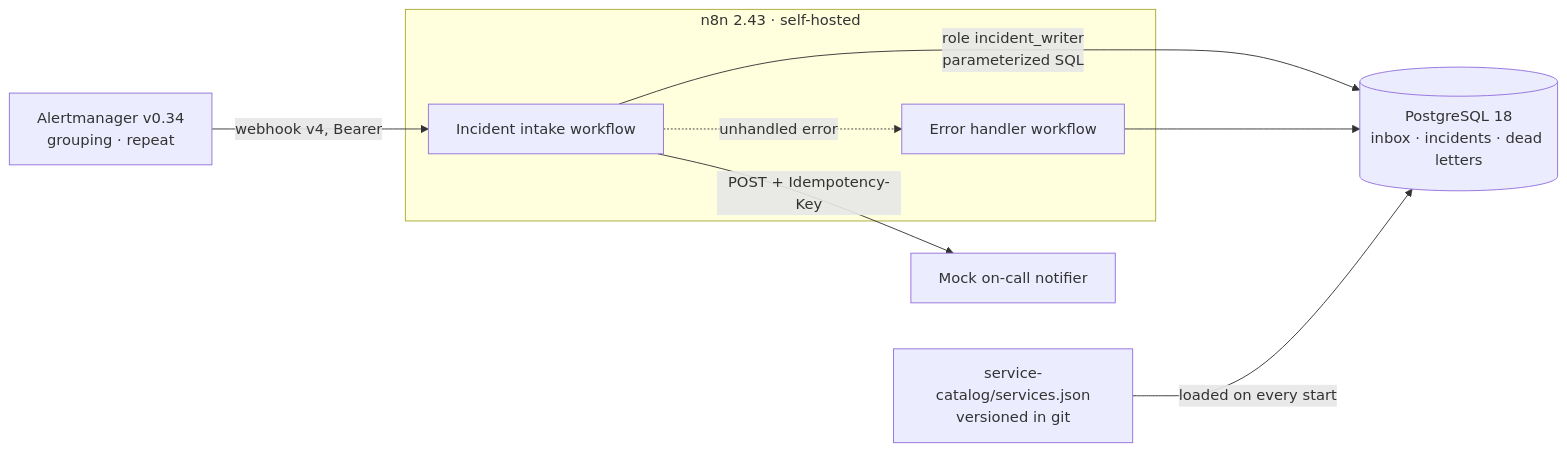
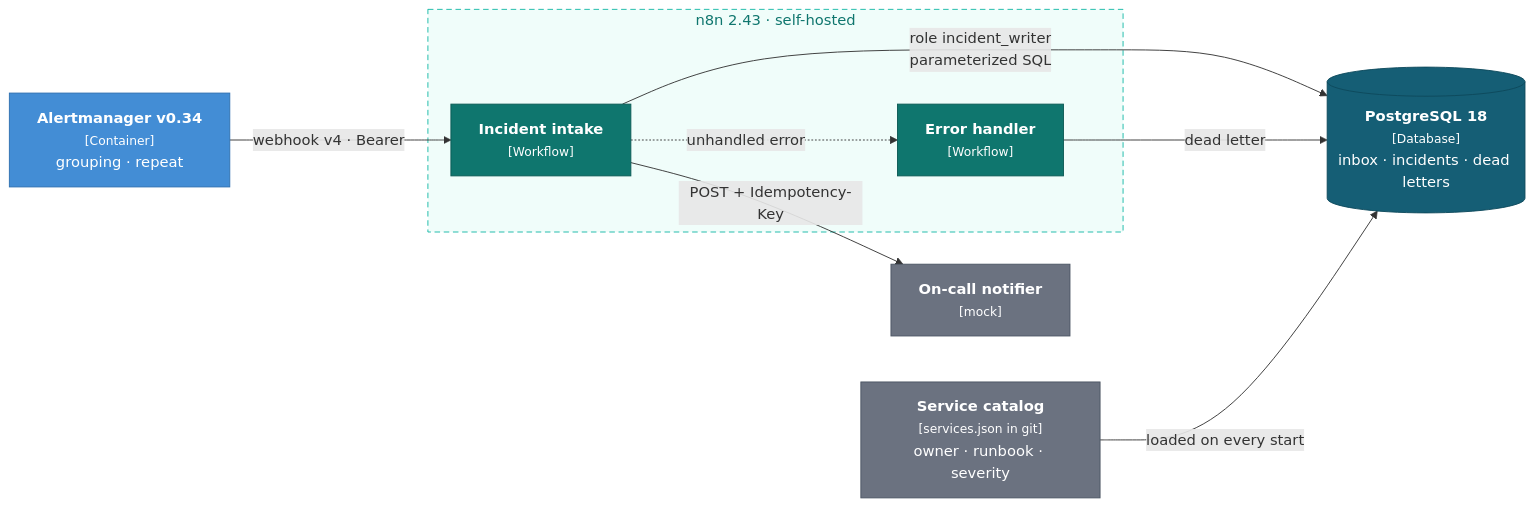
The diagram in diagrams/opscircuit-containers.mmd (vzuliani97/vzuliani97.github.io), drawn with Mermaid before and after one commit. The commit also changed 12 other files, not shown here.

First line of the commit message:
feat: C4-style architecture diagrams (Mermaid, custom theme) for all three projects

```diff
--- a/diagrams/opscircuit-containers.mmd
+++ b/diagrams/opscircuit-containers.mmd
@@ -1,9 +1,23 @@
 flowchart LR
-  AM["Alertmanager v0.34<br/>grouping · repeat"] -->|webhook v4, Bearer| IN
+  AM["<b>Alertmanager v0.34</b><br/><small>[Container]</small><br/>grouping · repeat"]:::container
   subgraph N8N["n8n 2.43 · self-hosted"]
-    IN["Incident intake workflow"] -.->|unhandled error| EH["Error handler workflow"]
+    IN["<b>Incident intake</b><br/><small>[Workflow]</small>"]:::system
+    EH["<b>Error handler</b><br/><small>[Workflow]</small>"]:::system
   end
-  IN -->|role incident_writer<br/>parameterized SQL| DB[("PostgreSQL 18<br/>inbox · incidents · dead letters")]
-  EH --> DB
-  IN -->|POST + Idempotency-Key| NT["Mock on-call notifier"]
-  CAT["service-catalog/services.json<br/>versioned in git"] -->|loaded on every start| DB
+  DB[("<b>PostgreSQL 18</b><br/><small>[Database]</small><br/>inbox · incidents · dead letters")]:::store
+  NT["<b>On-call notifier</b><br/><small>[mock]</small>"]:::external
+  CAT["<b>Service catalog</b><br/><small>[services.json in git]</small><br/>owner · runbook · severity"]:::external
+  AM -->|"webhook v4 · Bearer"| IN
+  IN -.->|"unhandled error"| EH
+  IN -->|"role incident_writer<br/>parameterized SQL"| DB
+  EH -->|"dead letter"| DB
+  IN -->|"POST + Idempotency-Key"| NT
+  CAT -->|"loaded on every start"| DB
+
+  classDef person fill:#0b3d75,stroke:#082c55,color:#ffffff
+  classDef container fill:#438dd5,stroke:#2e6fb0,color:#ffffff
+  classDef store fill:#155e75,stroke:#0e4a5c,color:#ffffff
+  classDef external fill:#6b7280,stroke:#4b5563,color:#ffffff
+  classDef planned fill:#ffffff,stroke:#94a3b8,stroke-dasharray:6 4,color:#475569
+  classDef system fill:#0f766e,stroke:#0b5a54,color:#ffffff
+  style N8N fill:#f0fdfa,stroke:#14b8a6,stroke-dasharray:6 4,color:#0f766e
```
